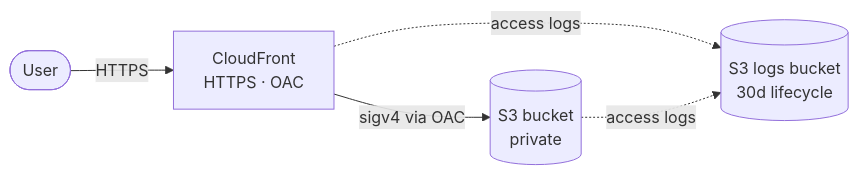
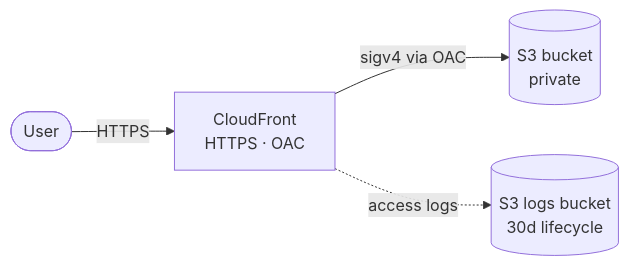
Before and after one commit to F-Guney/terraform-aws-static-website: the diagram in README.md, drawn with Mermaid. The commit also changed other lines of this file and 17 other files, not shown here.

````diff
--- a/README.md
+++ b/README.md
@@ -7,11 +7,10 @@
 ```mermaid
 flowchart LR
     user([User])
     cf[CloudFront<br/>HTTPS · OAC]
     s3[(S3 bucket<br/>private)]
     logs[(S3 logs bucket<br/>30d lifecycle)]
     user -->|HTTPS| cf
     cf -->|sigv4 via OAC| s3
     cf -.access logs.-> logs
-    s3 -.access logs.-> logs
 ```
````
